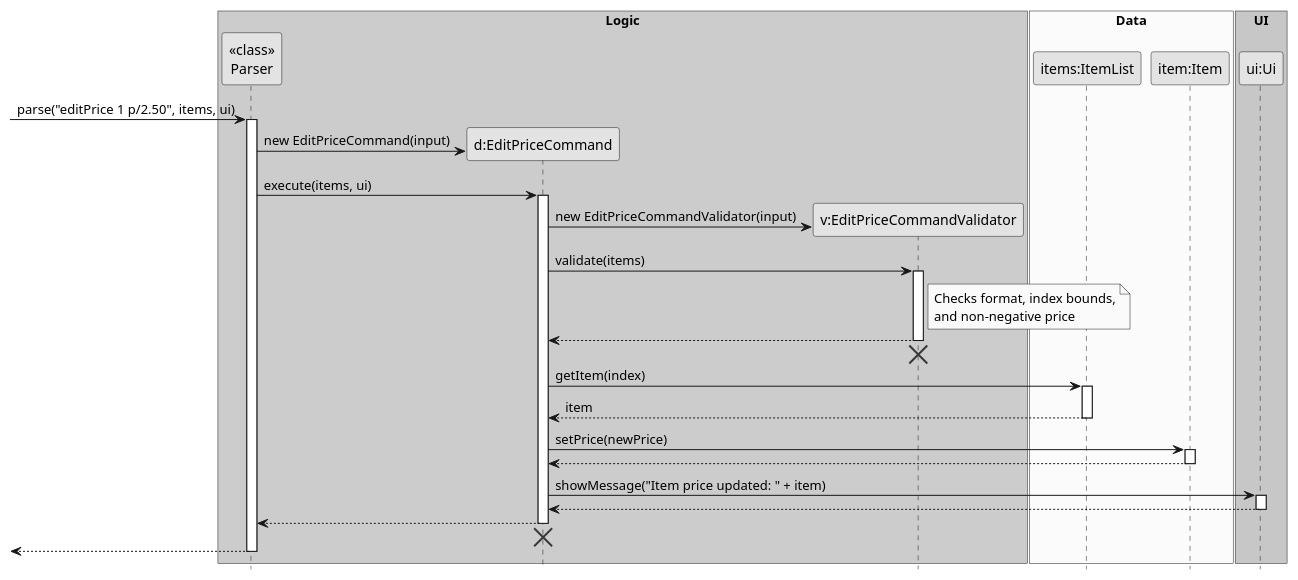
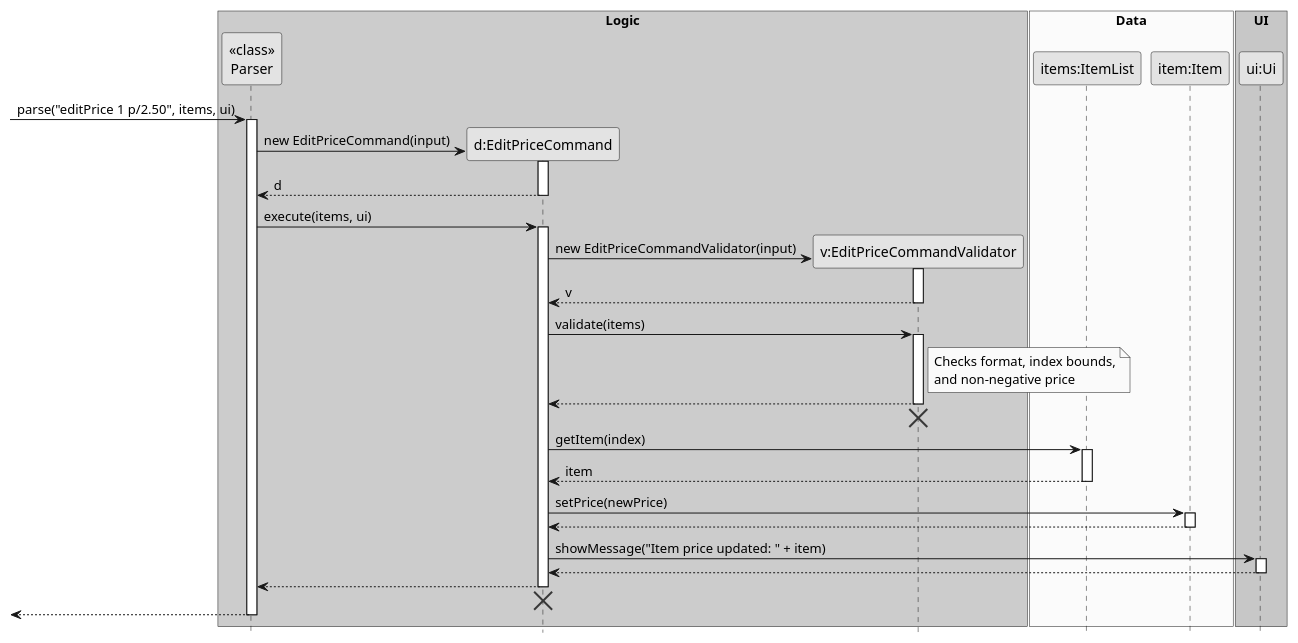
The diagram in docs/diagrams/EditPriceCommandSequenceDiagram.puml (fmohamedfaras/tp), drawn with PlantUML before and after one commit. The commit also changed 16 other files, not shown here.

Commit message:
Update uml sequence diagrams to DG and add activation bars to edit commands' constructors

```diff
--- a/docs/diagrams/EditPriceCommandSequenceDiagram.puml
+++ b/docs/diagrams/EditPriceCommandSequenceDiagram.puml
@@ -1,67 +1,73 @@
 @startuml
 skinparam monochrome true
 skinparam shadowing false
 hide footbox
 
 box "Logic" #LightBlue
 participant "<<class>>\nParser" as Parser
 participant "d:EditPriceCommand" as EditPriceCommand
 participant "v:EditPriceCommandValidator" as EditPriceCommandValidator
 end box
 
 box "Data" #LightYellow
 participant "items:ItemList" as ItemList
 participant "item:Item" as Item
 end box
 
 box "UI" #LightGreen
 participant "ui:Ui" as Ui
 end box
 
 -> Parser : parse("editPrice 1 p/2.50", items, ui)
 activate Parser
 
 create EditPriceCommand
 Parser -> EditPriceCommand : new EditPriceCommand(input)
+activate EditPriceCommand
+EditPriceCommand --> Parser : d
+deactivate EditPriceCommand
 
 Parser -> EditPriceCommand : execute(items, ui)
 activate EditPriceCommand
 
 create EditPriceCommandValidator
 EditPriceCommand -> EditPriceCommandValidator : new EditPriceCommandValidator(input)
+activate EditPriceCommandValidator
+EditPriceCommandValidator --> EditPriceCommand : v
+deactivate EditPriceCommandValidator
 
 EditPriceCommand -> EditPriceCommandValidator : validate(items)
 activate EditPriceCommandValidator
 note right of EditPriceCommandValidator
   Checks format, index bounds,
   and non-negative price
 end note
 EditPriceCommandValidator --> EditPriceCommand
 deactivate EditPriceCommandValidator
 EditPriceCommandValidator -[hidden]-> EditPriceCommand
 destroy EditPriceCommandValidator
 
 EditPriceCommand -> ItemList : getItem(index)
 activate ItemList
 ItemList --> EditPriceCommand : item
 deactivate ItemList
 
 EditPriceCommand -> Item : setPrice(newPrice)
 activate Item
 Item --> EditPriceCommand
 deactivate Item
 
 EditPriceCommand -> Ui : showMessage("Item price updated: " + item)
 activate Ui
 Ui --> EditPriceCommand
 deactivate Ui
 
 EditPriceCommand --> Parser
 deactivate EditPriceCommand
 EditPriceCommand -[hidden]-> Parser
 destroy EditPriceCommand
 
 <-- Parser
 deactivate Parser
 
 @enduml
```
